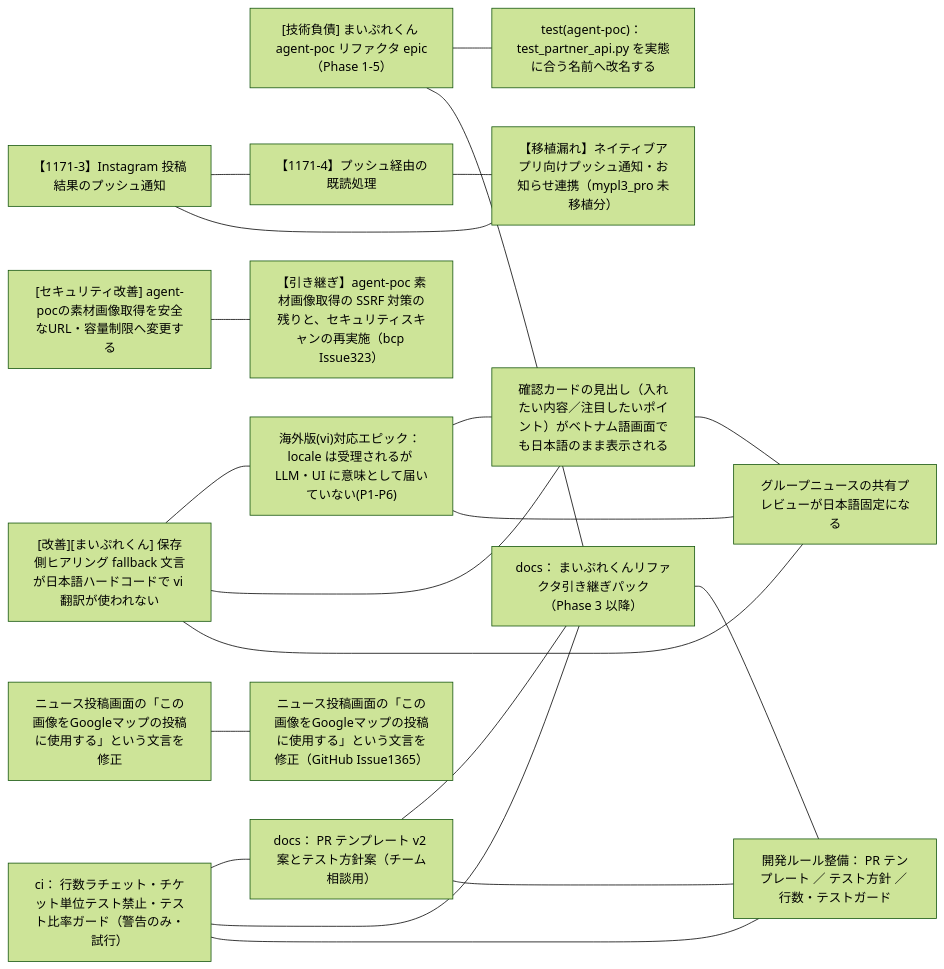
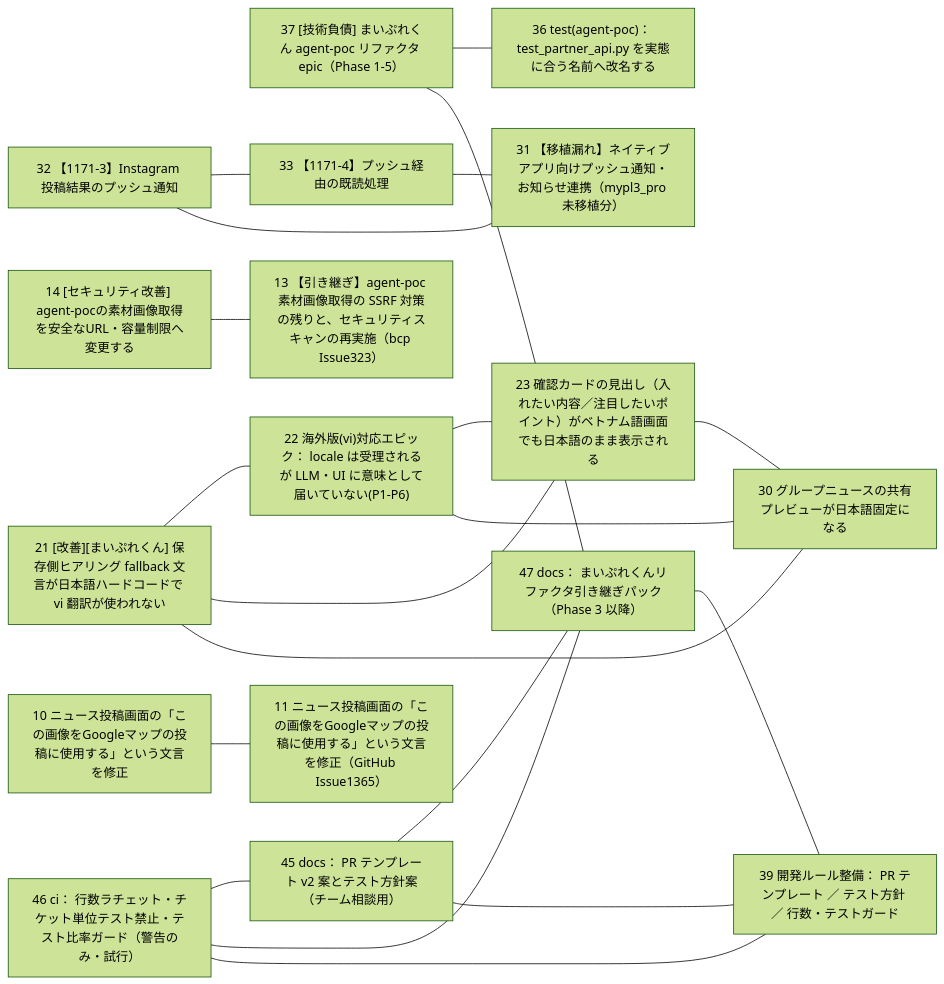
One commit to FLNYoshidaRyuta/task_management changed the diagram in tasks/関連図.md. Above: the diagram before and after it, drawn with Mermaid (forest theme). The commit also changed 65 other files, not shown here.

````diff
--- a/tasks/関連図.md
+++ b/tasks/関連図.md
@@ -3,39 +3,39 @@
 ```mermaid
 flowchart LR
-    T0["[技術負債] まいぷれくん agent-poc リファクタ epic（Phase 1-5）"]
-    T1["test(agent-poc)： test_partner_api.py を実態に合う名前へ改名する"]
-    T2["[改善][まいぷれくん] 保存側ヒアリング fallback 文言が日本語ハードコードで vi 翻訳が使われない"]
-    T3["海外版(vi)対応エピック： locale は受理されるが LLM・UI に意味として届いていない(P1-P6)"]
-    T4["確認カードの見出し（入れたい内容／注目したいポイント）がベトナム語画面でも日本語のまま表示される"]
-    T5["【1171-3】Instagram 投稿結果のプッシュ通知"]
-    T6["【1171-4】プッシュ経由の既読処理"]
-    T7["【移植漏れ】ネイティブアプリ向けプッシュ通知・お知らせ連携（mypl3_pro 未移植分）"]
-    T8["グループニュースの共有プレビューが日本語固定になる"]
-    T9["[セキュリティ改善] agent-pocの素材画像取得を安全なURL・容量制限へ変更する"]
-    T10["【引き継ぎ】agent-poc 素材画像取得の SSRF 対策の残りと、セキュリティスキャンの再実施（bcp Issue323）"]
-    T11["ニュース投稿画面の「この画像をGoogleマップの投稿に使用する」という文言を修正"]
-    T12["ニュース投稿画面の「この画像をGoogleマップの投稿に使用する」という文言を修正（GitHub Issue1365）"]
-    T13["ci： 行数ラチェット・チケット単位テスト禁止・テスト比率ガード（警告のみ・試行）"]
-    T14["docs： PR テンプレート v2 案とテスト方針案（チーム相談用）"]
-    T15["docs： まいぷれくんリファクタ引き継ぎパック（Phase 3 以降）"]
-    T16["開発ルール整備： PR テンプレート ／ テスト方針 ／ 行数・テストガード"]
+    T0["37 [技術負債] まいぷれくん agent-poc リファクタ epic（Phase 1-5）"]
+    T1["36 test(agent-poc)： test_partner_api.py を実態に合う名前へ改名する"]
+    T2["21 [改善][まいぷれくん] 保存側ヒアリング fallback 文言が日本語ハードコードで vi 翻訳が使われない"]
+    T3["22 海外版(vi)対応エピック： locale は受理されるが LLM・UI に意味として届いていない(P1-P6)"]
+    T4["23 確認カードの見出し（入れたい内容／注目したいポイント）がベトナム語画面でも日本語のまま表示される"]
+    T5["32 【1171-3】Instagram 投稿結果のプッシュ通知"]
+    T6["33 【1171-4】プッシュ経由の既読処理"]
+    T7["31 【移植漏れ】ネイティブアプリ向けプッシュ通知・お知らせ連携（mypl3_pro 未移植分）"]
+    T8["30 グループニュースの共有プレビューが日本語固定になる"]
+    T9["14 [セキュリティ改善] agent-pocの素材画像取得を安全なURL・容量制限へ変更する"]
+    T10["13 【引き継ぎ】agent-poc 素材画像取得の SSRF 対策の残りと、セキュリティスキャンの再実施（bcp Issue323）"]
+    T11["10 ニュース投稿画面の「この画像をGoogleマップの投稿に使用する」という文言を修正"]
+    T12["11 ニュース投稿画面の「この画像をGoogleマップの投稿に使用する」という文言を修正（GitHub Issue1365）"]
+    T13["46 ci： 行数ラチェット・チケット単位テスト禁止・テスト比率ガード（警告のみ・試行）"]
+    T14["45 docs： PR テンプレート v2 案とテスト方針案（チーム相談用）"]
+    T15["47 docs： まいぷれくんリファクタ引き継ぎパック（Phase 3 以降）"]
+    T16["39 開発ルール整備： PR テンプレート ／ テスト方針 ／ 行数・テストガード"]
     T0 --- T1
     T0 --- T15
     T2 --- T3
     T2 --- T4
     T2 --- T8
     T3 --- T4
     T3 --- T8
     T4 --- T8
     T5 --- T6
     T5 --- T7
     T6 --- T7
     T9 --- T10
     T11 --- T12
     T13 --- T14
     T13 --- T15
     T13 --- T16
     T14 --- T15
     T14 --- T16
     T15 --- T16
 ```
````
